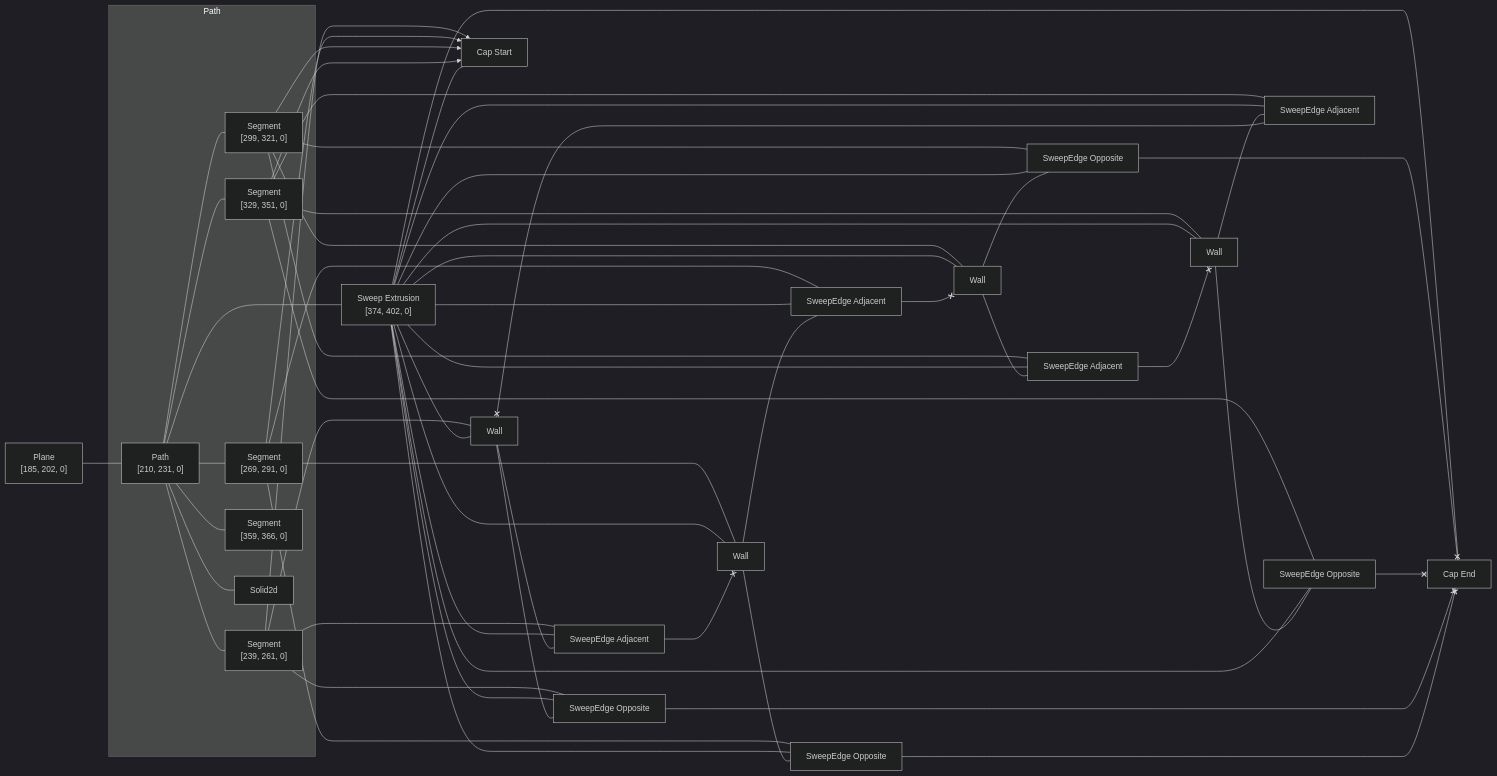
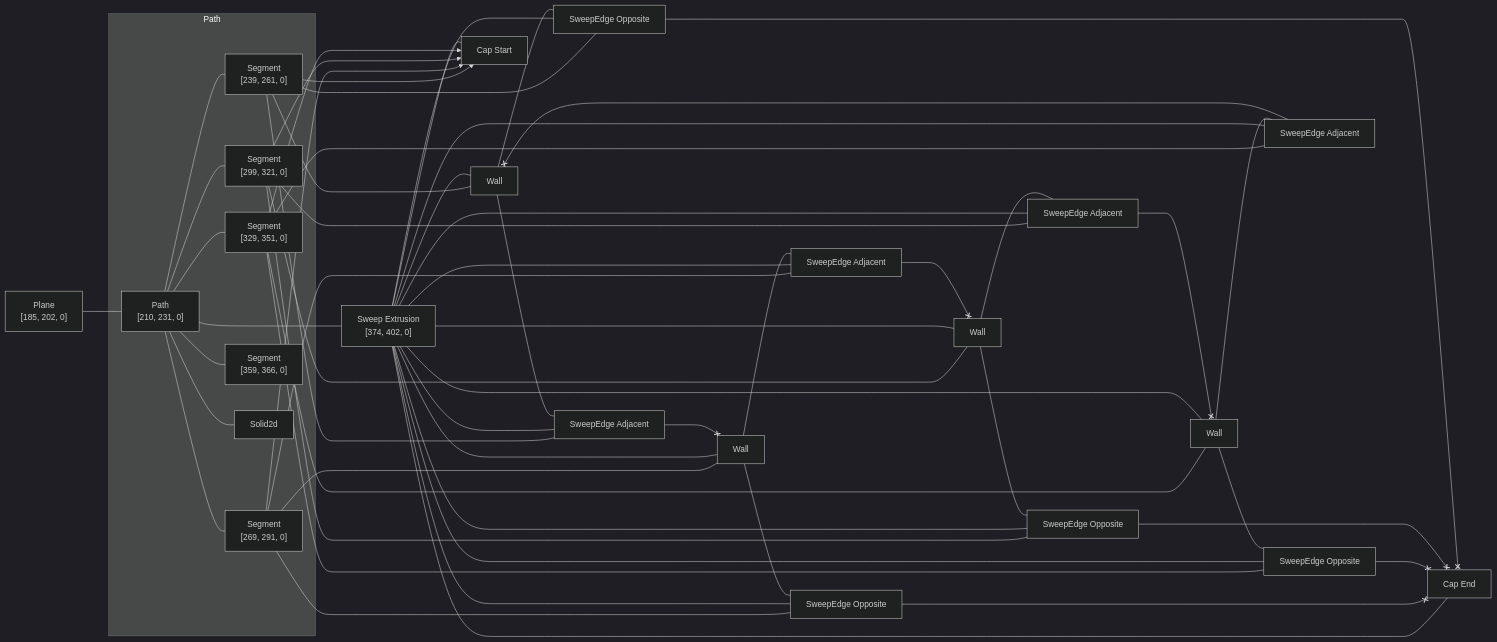
One commit to rajgandhi1/modeling-app changed the diagram in rust/kcl-lib/tests/cube/artifact_graph_flowchart.snap.md. Above: the diagram before and after it, drawn with Mermaid (dark theme). The commit also changed 110 other files, not shown here.

````diff
--- a/rust/kcl-lib/tests/cube/artifact_graph_flowchart.snap.md
+++ b/rust/kcl-lib/tests/cube/artifact_graph_flowchart.snap.md
@@ -1,82 +1,82 @@
 ```mermaid
 flowchart LR
   subgraph path2 [Path]
     2["Path<br>[210, 231, 0]"]
     3["Segment<br>[239, 261, 0]"]
     4["Segment<br>[269, 291, 0]"]
     5["Segment<br>[299, 321, 0]"]
     6["Segment<br>[329, 351, 0]"]
     7["Segment<br>[359, 366, 0]"]
     8[Solid2d]
   end
   1["Plane<br>[185, 202, 0]"]
   9["Sweep Extrusion<br>[374, 402, 0]"]
   10[Wall]
   11[Wall]
   12[Wall]
   13[Wall]
   14["Cap Start"]
   15["Cap End"]
   16["SweepEdge Opposite"]
   17["SweepEdge Opposite"]
   18["SweepEdge Opposite"]
   19["SweepEdge Opposite"]
   20["SweepEdge Adjacent"]
   21["SweepEdge Adjacent"]
   22["SweepEdge Adjacent"]
   23["SweepEdge Adjacent"]
   1 --- 2
   2 --- 3
   2 --- 4
   2 --- 5
   2 --- 6
   2 --- 7
   2 --- 8
   2 ---- 9
   3 --- 13
   3 x--> 14
-  3 --- 18
-  3 --- 20
+  3 --- 19
+  3 --- 23
   4 --- 11
   4 x--> 14
-  4 --- 19
-  4 --- 23
+  4 --- 16
+  4 --- 21
   5 --- 10
   5 x--> 14
-  5 --- 16
+  5 --- 18
   5 --- 22
   6 --- 12
   6 x--> 14
   6 --- 17
-  6 --- 21
+  6 --- 20
   9 --- 10
   9 --- 11
   9 --- 12
   9 --- 13
   9 --- 14
   9 --- 15
   9 --- 16
   9 --- 17
   9 --- 18
   9 --- 19
   9 --- 20
   9 --- 21
   9 --- 22
   9 --- 23
-  10 --- 16
+  10 --- 18
+  21 <--x 10
   10 --- 22
-  23 <--x 10
-  11 --- 19
-  20 <--x 11
-  11 --- 23
+  11 --- 16
+  11 --- 21
+  23 <--x 11
   12 --- 17
-  12 --- 21
+  12 --- 20
   22 <--x 12
-  13 --- 18
-  13 --- 20
-  21 <--x 13
+  13 --- 19
+  20 <--x 13
+  13 --- 23
   16 <--x 15
   17 <--x 15
   18 <--x 15
   19 <--x 15
 ```
````
